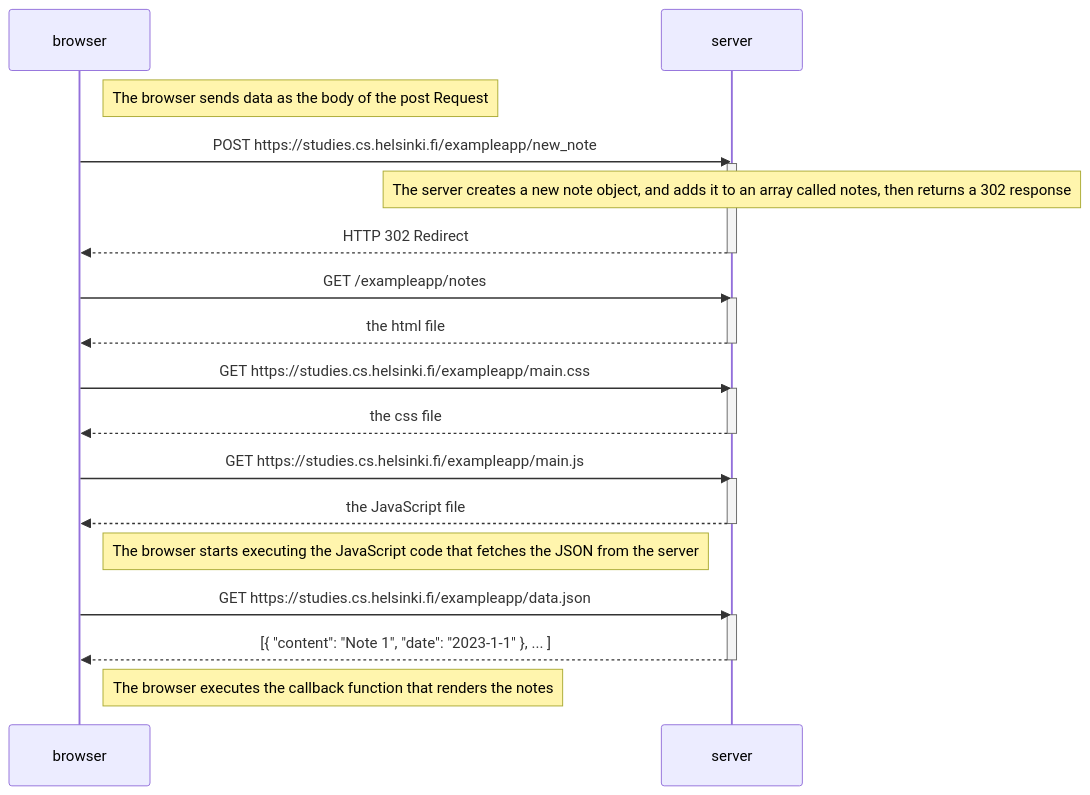
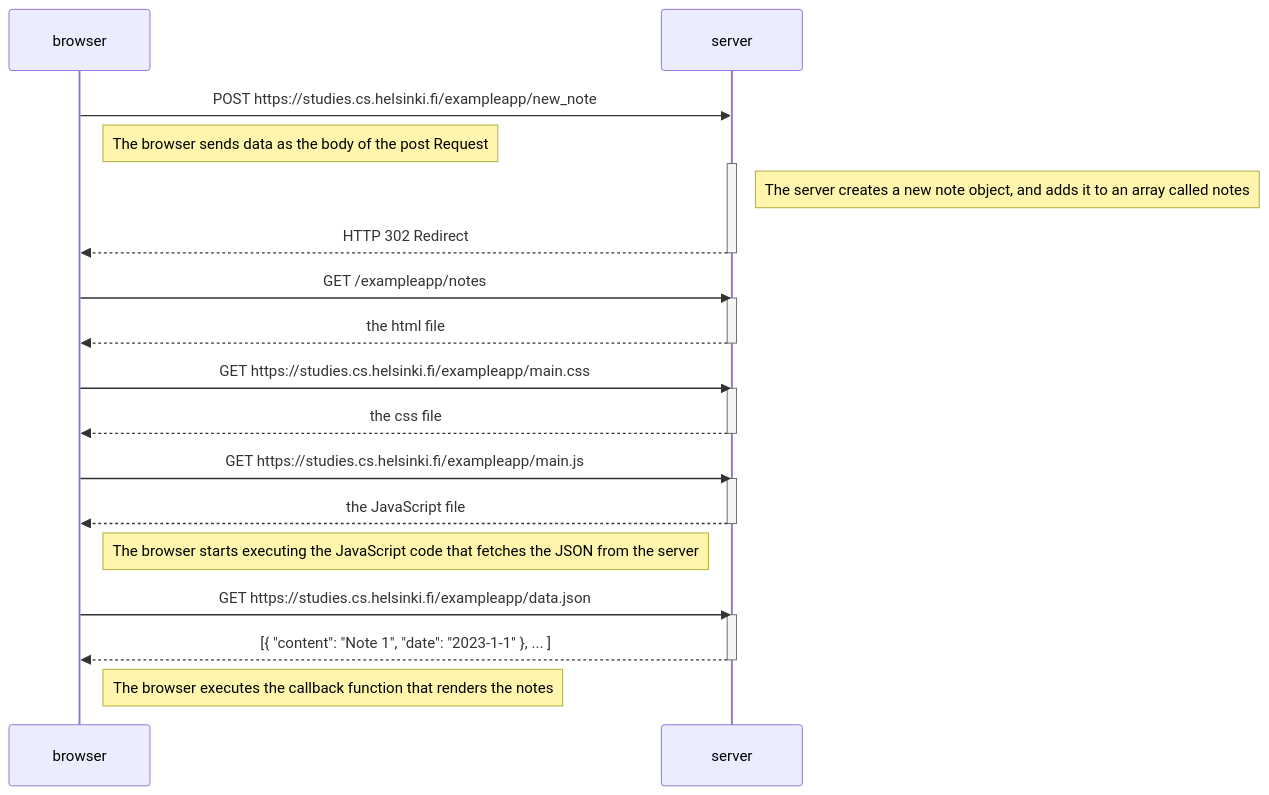
Before and after one commit to ReynaldoLuevano/fullstackdevcourse: the diagram in part0/0.4 New Note Diagram/newNoteDiagram.md, drawn with Mermaid.

Commit message:
Fix notes position

````diff
--- a/part0/0.4 New Note Diagram/newNoteDiagram.md
+++ b/part0/0.4 New Note Diagram/newNoteDiagram.md
@@ -1,36 +1,36 @@
 ```mermaid
 sequenceDiagram
     participant browser
     participant server
 
+    browser->>server: POST https://studies.cs.helsinki.fi/exampleapp/new_note      
         Note right of browser: The browser sends data as the body of the post Request
-    browser->>server: POST https://studies.cs.helsinki.fi/exampleapp/new_note      
     activate server
-        Note over server: The server creates a new note object, and adds it to an array called notes, then returns a 302 response
+        Note right of server: The server creates a new note object, and adds it to an array called notes
     server-->>browser: HTTP 302 Redirect
     deactivate server
 
     browser->>server: GET /exampleapp/notes
     activate server
     server-->>browser: the html file
     deactivate server
     
     browser->>server: GET https://studies.cs.helsinki.fi/exampleapp/main.css
     activate server
     server-->>browser: the css file
     deactivate server
 
     browser->>server: GET https://studies.cs.helsinki.fi/exampleapp/main.js
     activate server
     server-->>browser: the JavaScript file
     deactivate server
 
     Note right of browser: The browser starts executing the JavaScript code that fetches the JSON from the server
 
     browser->>server: GET https://studies.cs.helsinki.fi/exampleapp/data.json
     activate server
     server-->>browser: [{ "content": "Note 1", "date": "2023-1-1" }, ... ]
     deactivate server
 
     Note right of browser: The browser executes the callback function that renders the notes
 ```
````
